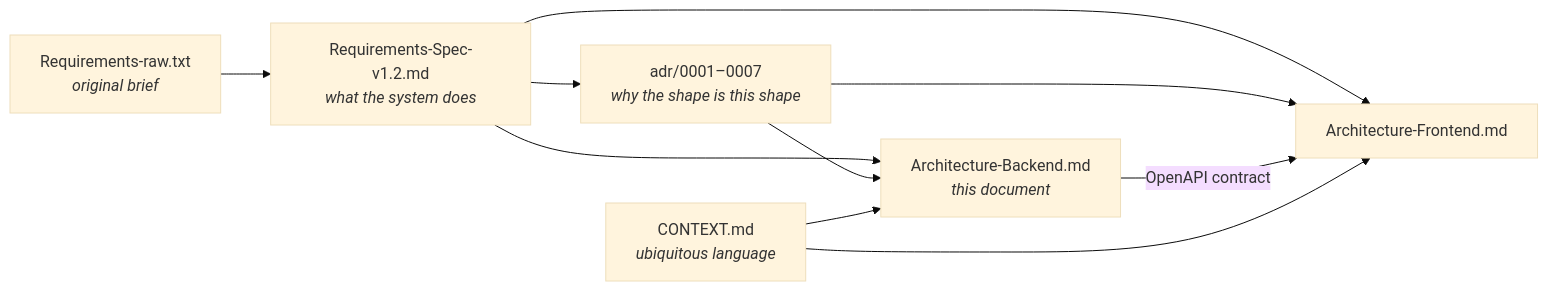
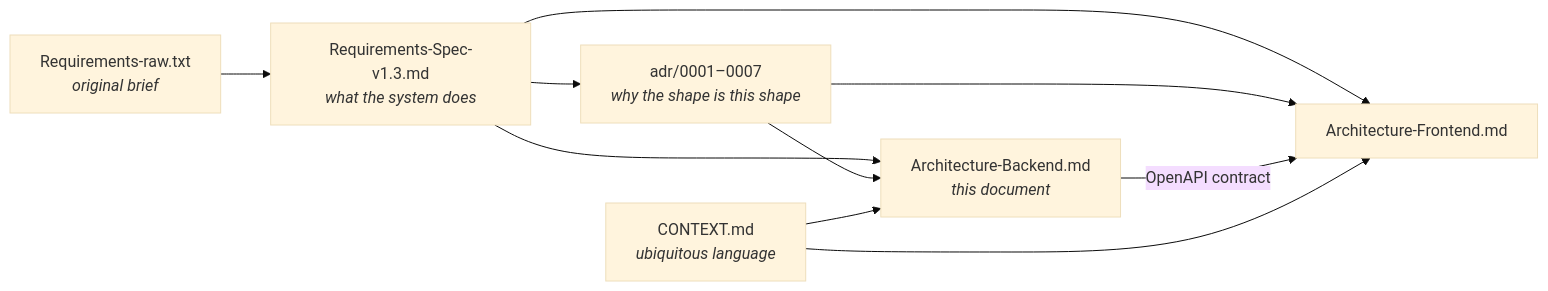
The first of 7 diagrams in docs/Architecture-Backend.md (shabibmr/karat-hive), drawn with Mermaid (base theme) before and after one commit. The commit also changed other lines of this file and 42 other files, not shown here.

````diff
--- a/docs/Architecture-Backend.md
+++ b/docs/Architecture-Backend.md
@@ -77,12 +77,12 @@
 ```mermaid
 flowchart LR
-    RAW["Requirements-raw.txt<br/><i>original brief</i>"] --> SRS["Requirements-Spec-v1.2.md<br/><i>what the system does</i>"]
+    RAW["Requirements-raw.txt<br/><i>original brief</i>"] --> SRS["Requirements-Spec-v1.3.md<br/><i>what the system does</i>"]
     SRS --> ADR["adr/0001–0007<br/><i>why the shape is this shape</i>"]
     SRS --> BE["Architecture-Backend.md<br/><i>this document</i>"]
     SRS --> FE["Architecture-Frontend.md"]
     ADR --> BE
     ADR --> FE
     BE -->|OpenAPI contract| FE
     CTX["CONTEXT.md<br/><i>ubiquitous language</i>"] --> BE
     CTX --> FE
 ```
````
